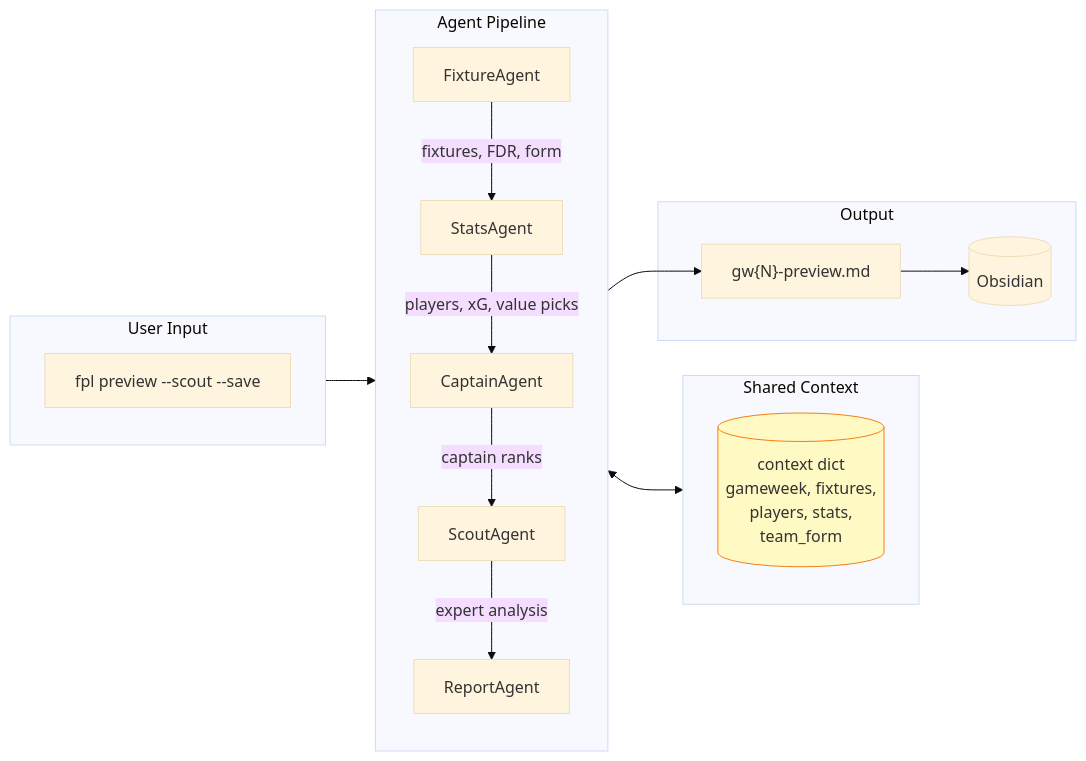
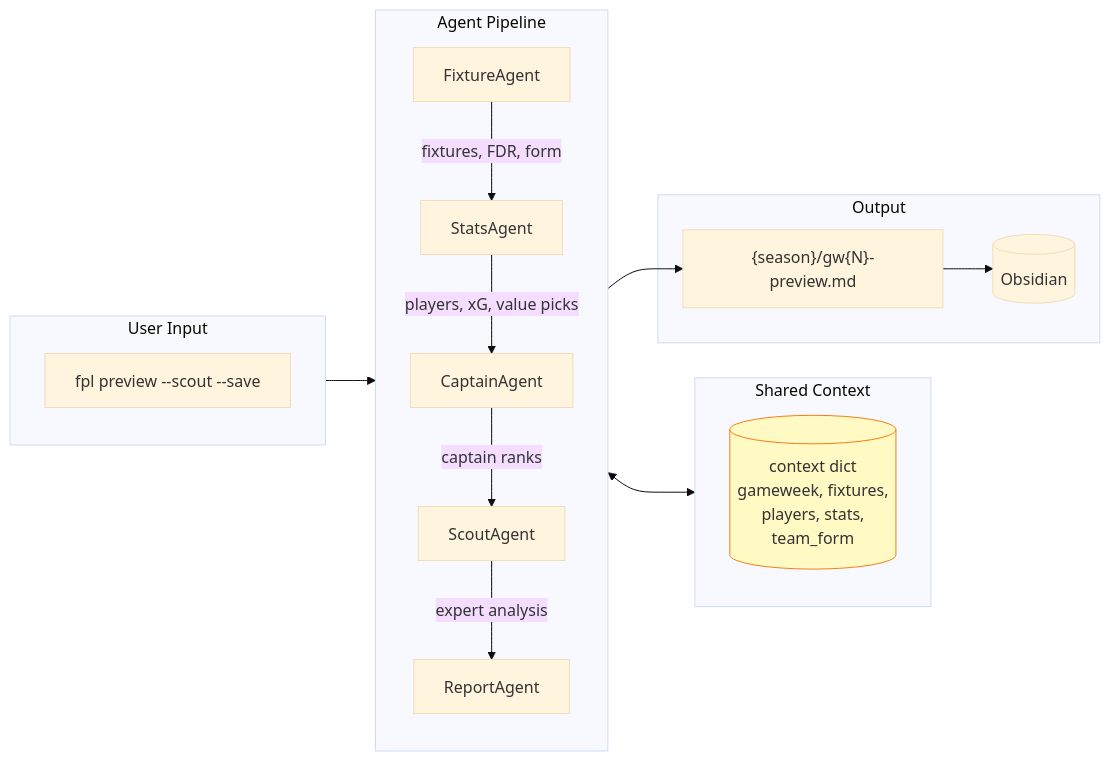
One commit to rossgroomio/fpl-cli changed the second of 7 diagrams in docs/architecture.md. Above: the diagram before and after it, drawn with Mermaid (base theme). The commit also changed other lines of this file and 22 other files, not shown here.

````diff
--- a/docs/architecture.md
+++ b/docs/architecture.md
@@ -190,29 +190,29 @@
 ```mermaid
 flowchart LR
     subgraph Input["User Input"]
         cmd["fpl preview --scout --save"]
     end
 
     subgraph Pipeline["Agent Pipeline"]
         direction TB
         A[FixtureAgent] -->|fixtures, FDR, form| B[StatsAgent]
         B -->|players, xG, value picks| C[CaptainAgent]
         C -->|captain ranks| D[ScoutAgent]
         D -->|expert analysis| E[ReportAgent]
     end
 
     subgraph Context["Shared Context"]
         ctx[("context dict<br/>gameweek, fixtures,<br/>players, stats,<br/>team_form")]
     end
 
     subgraph Output["Output"]
-        file["gw{N}-preview.md"]
+        file["{season}/gw{N}-preview.md"]
         vault[("Obsidian")]
     end
 
     Input --> Pipeline
     Pipeline <--> Context
     E --> file --> vault
 
     style ctx fill:#fff9c4,stroke:#f57f17
 ```
````
